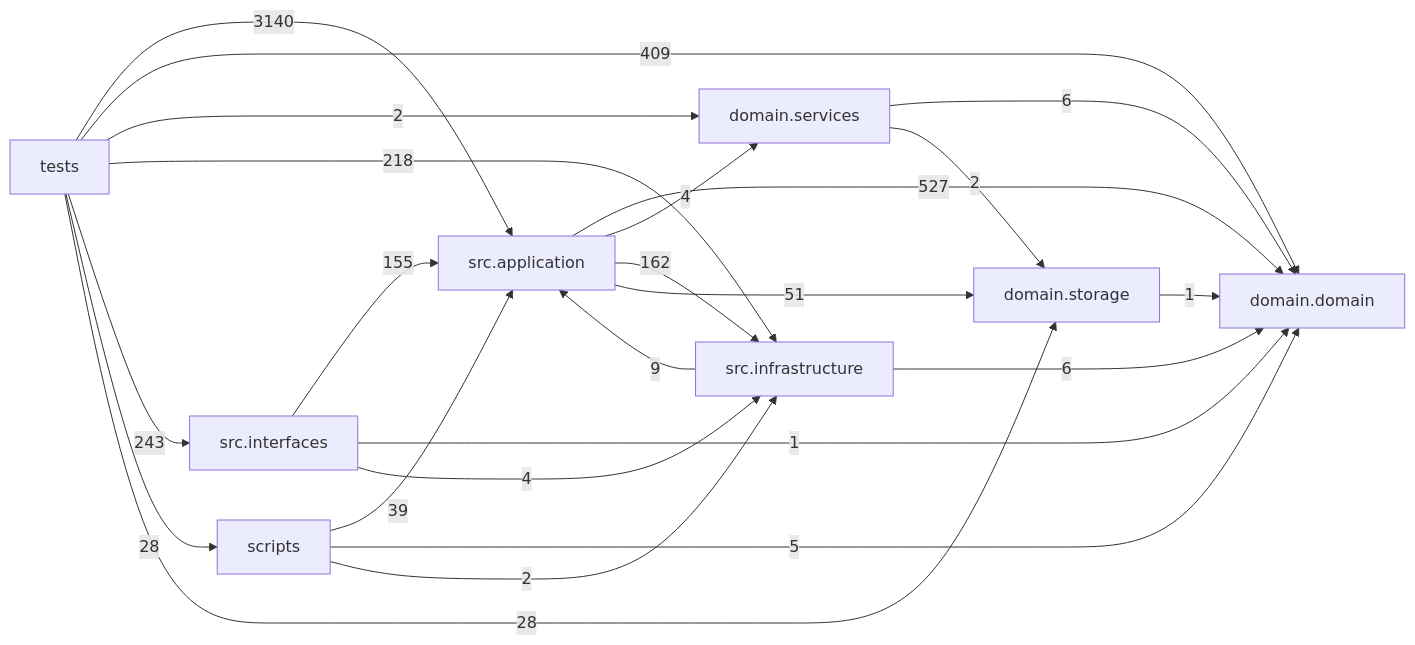
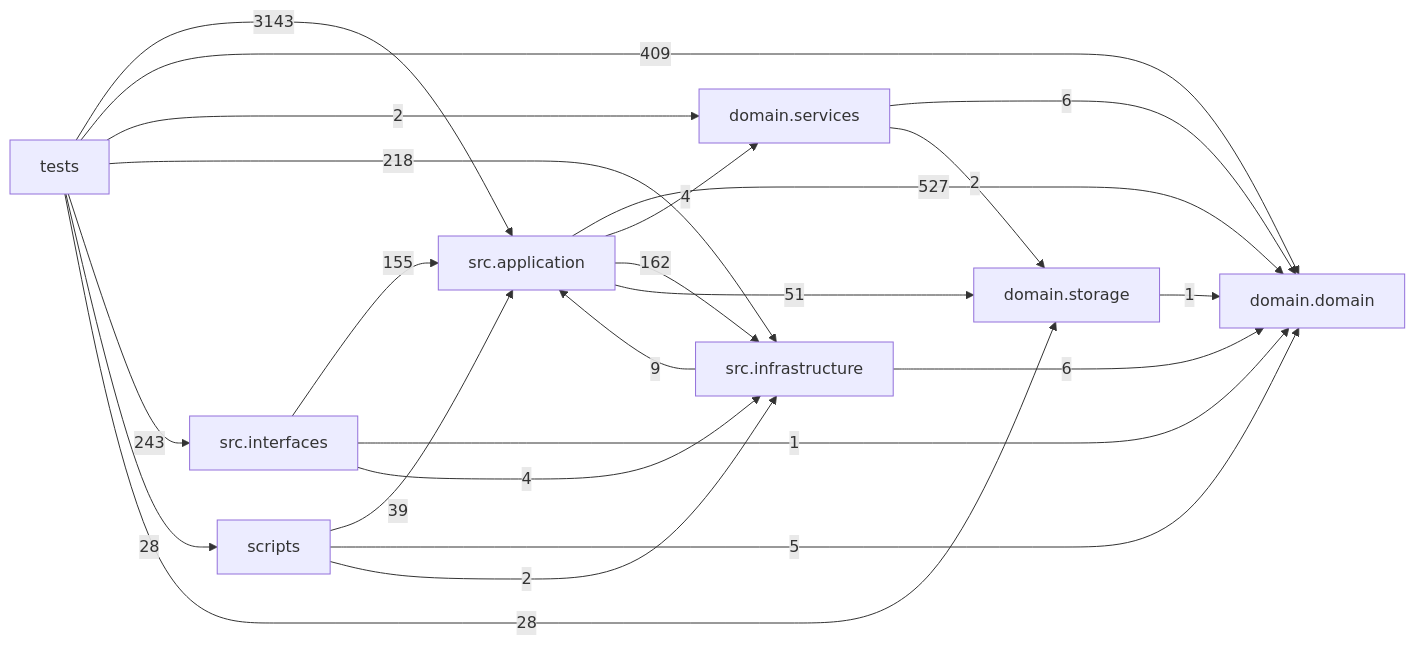
One commit to liuxie066/options-monitor changed the diagram in docs/DEPENDENCY_GRAPH.md. Above: the diagram before and after it, drawn with Mermaid. The commit also changed other lines of this file and 9 other files, not shown here.

````diff
--- a/docs/DEPENDENCY_GRAPH.md
+++ b/docs/DEPENDENCY_GRAPH.md
@@ -24,33 +24,33 @@
 ```mermaid
 flowchart LR
   tests["tests"]
   scripts["scripts"]
   interfaces["src.interfaces"]
   application["src.application"]
   infrastructure["src.infrastructure"]
   domain_services["domain.services"]
   domain["domain.domain"]
   storage["domain.storage"]
   application -->|527| domain
   application -->|4| domain_services
   application -->|162| infrastructure
   application -->|51| storage
   domain_services -->|6| domain
   domain_services -->|2| storage
   infrastructure -->|9| application
   infrastructure -->|6| domain
   interfaces -->|155| application
   interfaces -->|1| domain
   interfaces -->|4| infrastructure
   scripts -->|39| application
   scripts -->|5| domain
   scripts -->|2| infrastructure
   storage -->|1| domain
-  tests -->|3140| application
+  tests -->|3143| application
   tests -->|409| domain
   tests -->|2| domain_services
   tests -->|218| infrastructure
   tests -->|243| interfaces
   tests -->|28| scripts
   tests -->|28| storage
 ```
````
